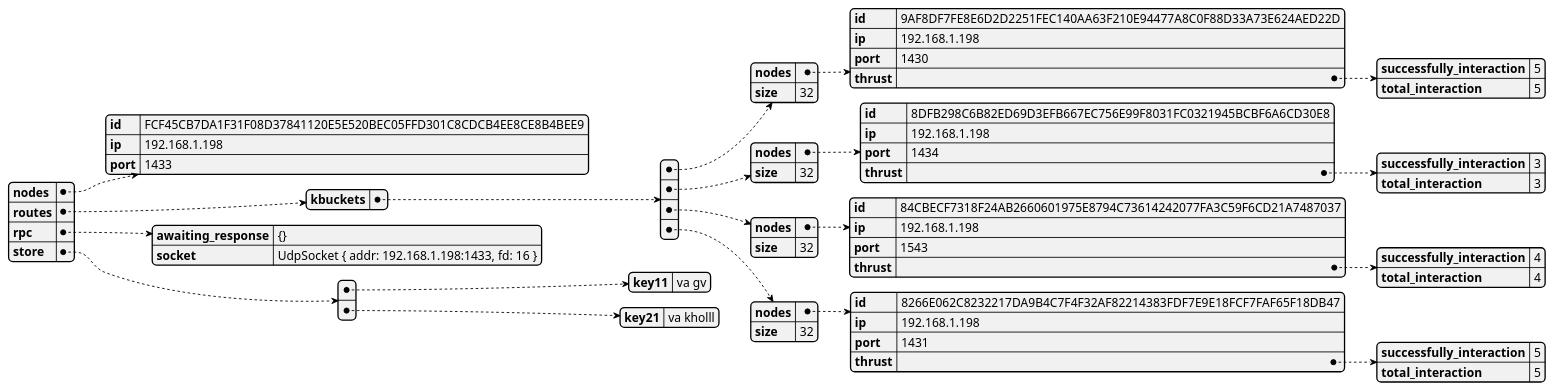
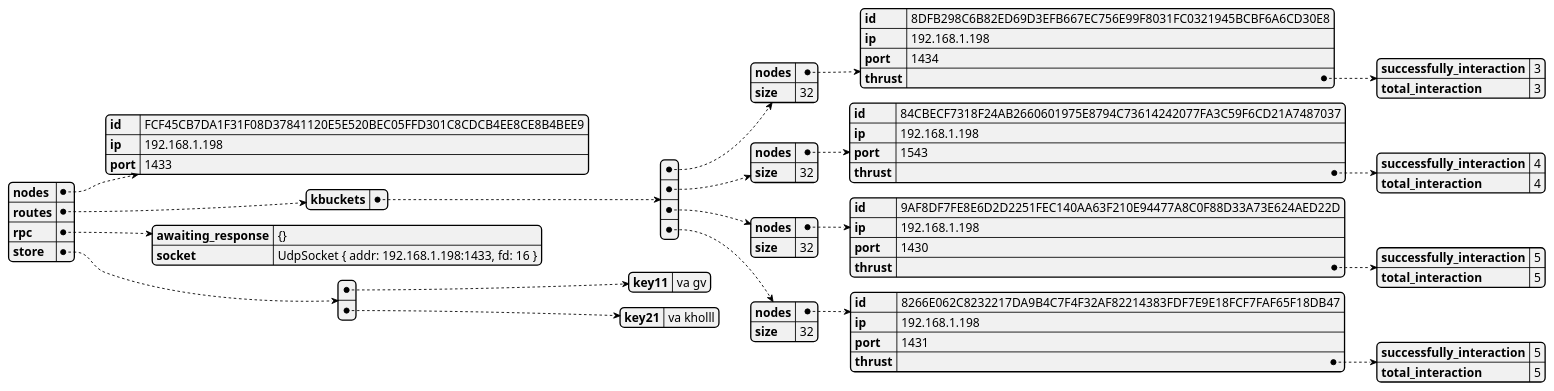
Before and after one commit to GoliathHagar/distributed_legder_kademlia: the diagram in src/distributed_legder/state_dumps/test-contact-3.json.plantuml, drawn with PlantUML. The commit also changed 16 other files, not shown here.

```diff
--- a/src/distributed_legder/state_dumps/test-contact-3.json.plantuml
+++ b/src/distributed_legder/state_dumps/test-contact-3.json.plantuml
@@ -1,3 +1,3 @@
 @startjson
-{"nodes":{"id":"FCF45CB7DA1F31F08D37841120E5E520BEC05FFD301C8CDCB4EE8CE8B4BEE9","ip":"192.168.1.198","port":1433},"routes":{"kbuckets":[{"nodes":{"id":"9AF8DF7FE8E6D2D2251FEC140AA63F210E94477A8C0F88D33A73E624AED22D","ip":"192.168.1.198","port":1430,"thrust":{"successfully_interaction":5,"total_interaction":5}},"size":32},{"nodes":{"id":"8DFB298C6B82ED69D3EFB667EC756E99F8031FC0321945BCBF6A6CD30E8","ip":"192.168.1.198","port":1434,"thrust":{"successfully_interaction":3,"total_interaction":3}},"size":32},{"nodes":{"id":"84CBECF7318F24AB2660601975E8794C73614242077FA3C59F6CD21A7487037","ip":"192.168.1.198","port":1543,"thrust":{"successfully_interaction":4,"total_interaction":4}},"size":32},{"nodes":{"id":"8266E062C8232217DA9B4C7F4F32AF82214383FDF7E9E18FCF7FAF65F18DB47","ip":"192.168.1.198","port":1431,"thrust":{"successfully_interaction":5,"total_interaction":5}},"size":32}]},"rpc":{"awaiting_response":"{}","socket":"UdpSocket { addr: 192.168.1.198:1433, fd: 16 }"},"store":[{"key11":"va gv"},{"key21":"va kholll"}]}
+{"nodes":{"id":"FCF45CB7DA1F31F08D37841120E5E520BEC05FFD301C8CDCB4EE8CE8B4BEE9","ip":"192.168.1.198","port":1433},"routes":{"kbuckets":[{"nodes":{"id":"8DFB298C6B82ED69D3EFB667EC756E99F8031FC0321945BCBF6A6CD30E8","ip":"192.168.1.198","port":1434,"thrust":{"successfully_interaction":3,"total_interaction":3}},"size":32},{"nodes":{"id":"84CBECF7318F24AB2660601975E8794C73614242077FA3C59F6CD21A7487037","ip":"192.168.1.198","port":1543,"thrust":{"successfully_interaction":4,"total_interaction":4}},"size":32},{"nodes":{"id":"9AF8DF7FE8E6D2D2251FEC140AA63F210E94477A8C0F88D33A73E624AED22D","ip":"192.168.1.198","port":1430,"thrust":{"successfully_interaction":5,"total_interaction":5}},"size":32},{"nodes":{"id":"8266E062C8232217DA9B4C7F4F32AF82214383FDF7E9E18FCF7FAF65F18DB47","ip":"192.168.1.198","port":1431,"thrust":{"successfully_interaction":5,"total_interaction":5}},"size":32}]},"rpc":{"awaiting_response":"{}","socket":"UdpSocket { addr: 192.168.1.198:1433, fd: 16 }"},"store":[{"key11":"va gv"},{"key21":"va kholll"}]}
 @endjson
```
